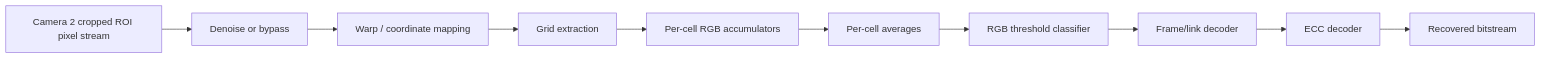
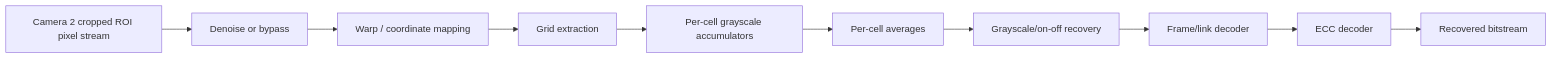
One commit to ARSHMINGHM/CubeOCC changed the diagram in CubeOCC_Obsidian_Vault/05_V1_STREAMING_PIPELINE.md. Above: the diagram before and after it, drawn with Mermaid. The commit also changed other lines of this file and 18 other files, not shown here.

First line of the commit message:
Document V1/V1.5 CubeOCC roadmap

````diff
--- a/CubeOCC_Obsidian_Vault/05_V1_STREAMING_PIPELINE.md
+++ b/CubeOCC_Obsidian_Vault/05_V1_STREAMING_PIPELINE.md
@@ -14,12 +14,12 @@
 ```mermaid
 flowchart LR
     S[Camera 2 cropped ROI pixel stream] --> D[Denoise or bypass]
     D --> W[Warp / coordinate mapping]
     W --> G[Grid extraction]
-    G --> A[Per-cell RGB accumulators]
+    G --> A[Per-cell grayscale accumulators]
     A --> M[Per-cell averages]
-    M --> T[RGB threshold classifier]
+    M --> T[Grayscale/on-off recovery]
     T --> F[Frame/link decoder]
     F --> E[ECC decoder]
     E --> O[Recovered bitstream]
 ```
````
